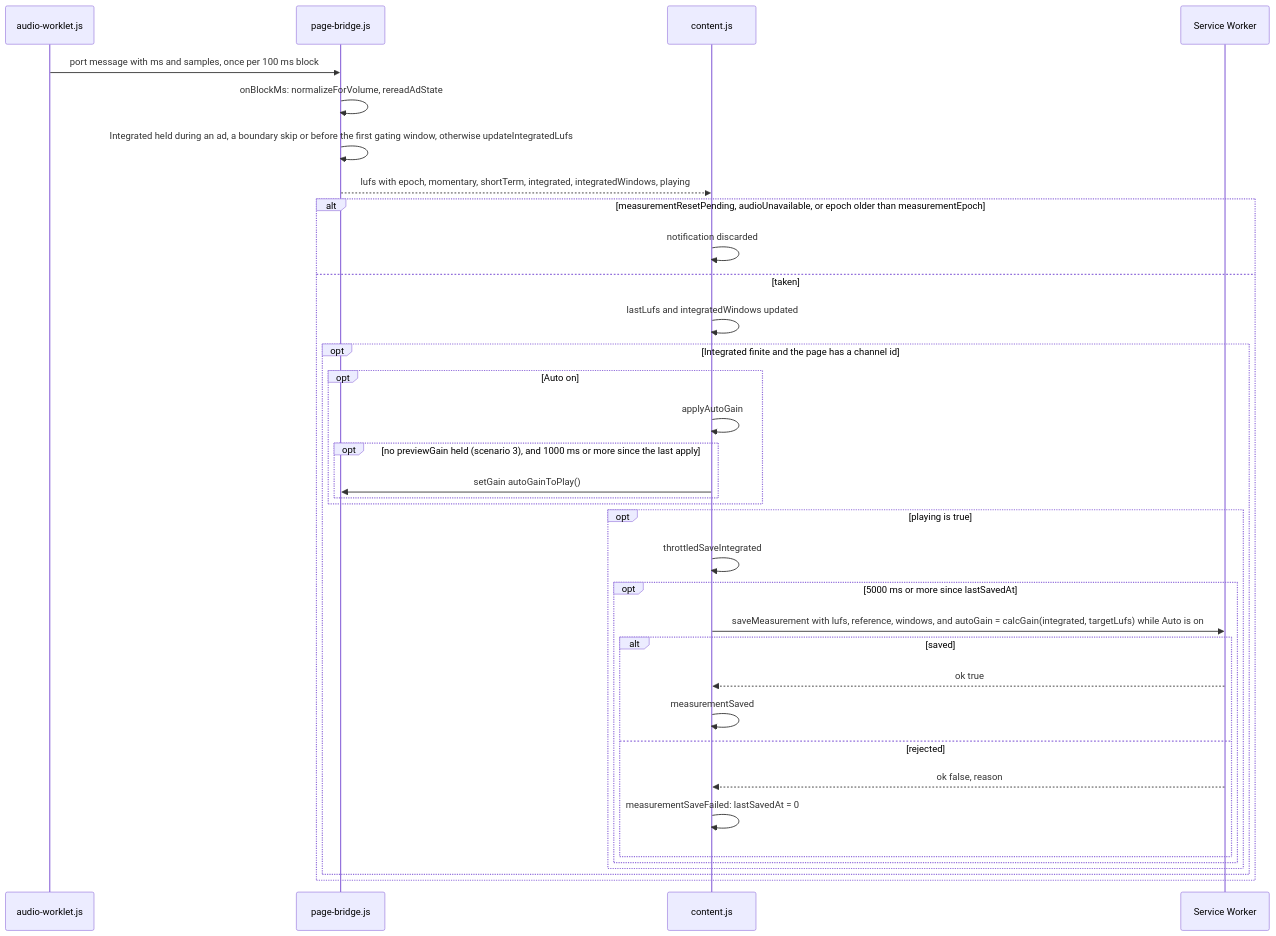
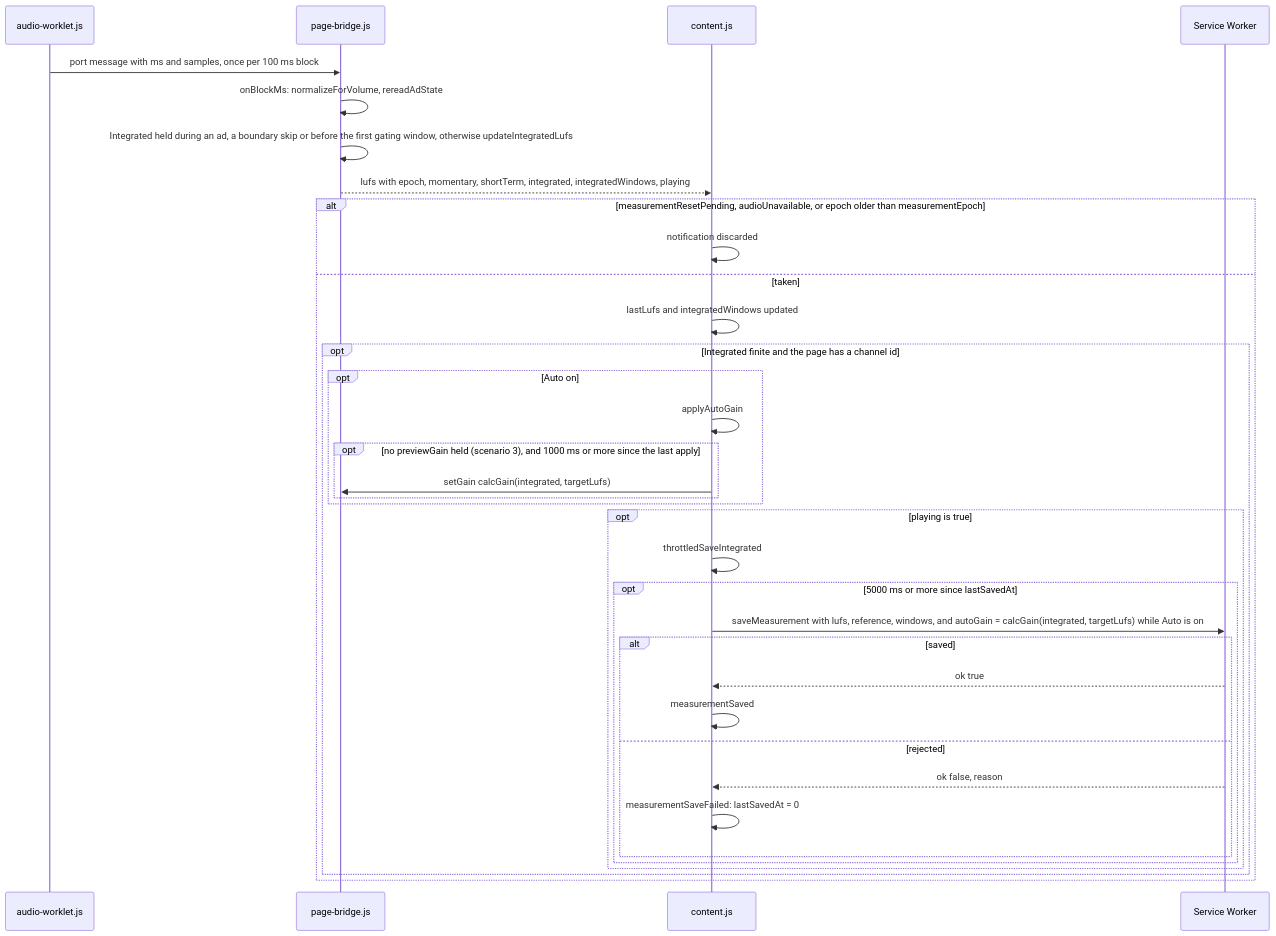
The eighth of 17 diagrams in docs/gain-change-and-save.md (semnil/twitch-channel-volume), drawn with Mermaid before and after one commit. The commit also changed other lines of this file and 4 other files, not shown here.

Commit message:
docs: describe Auto as playing the gain the Integrated value asks for

````diff
--- a/docs/gain-change-and-save.md
+++ b/docs/gain-change-and-save.md
@@ -374,37 +371,37 @@
 ```mermaid
 sequenceDiagram
   participant worklet as audio-worklet.js
   participant bridge as page-bridge.js
   participant content as content.js
   participant sw as Service Worker
   worklet->>bridge: port message with ms and samples, once per 100 ms block
   bridge->>bridge: onBlockMs: normalizeForVolume, rereadAdState
   bridge->>bridge: Integrated held during an ad, a boundary skip or before the first gating window, otherwise updateIntegratedLufs
   bridge-->>content: lufs with epoch, momentary, shortTerm, integrated, integratedWindows, playing
   alt measurementResetPending, audioUnavailable, or epoch older than measurementEpoch
     content->>content: notification discarded
   else taken
     content->>content: lastLufs and integratedWindows updated
     opt Integrated finite and the page has a channel id
       opt Auto on
         content->>content: applyAutoGain
         opt no previewGain held (scenario 3), and 1000 ms or more since the last apply
-          content->>bridge: setGain autoGainToPlay()
+          content->>bridge: setGain calcGain(integrated, targetLufs)
         end
       end
       opt playing is true
         content->>content: throttledSaveIntegrated
         opt 5000 ms or more since lastSavedAt
           content->>sw: saveMeasurement with lufs, reference, windows, and autoGain = calcGain(integrated, targetLufs) while Auto is on
           alt saved
             sw-->>content: ok true
             content->>content: measurementSaved
           else rejected
             sw-->>content: ok false, reason
             content->>content: measurementSaveFailed: lastSavedAt = 0
           end
         end
       end
     end
   end
 ```
````
